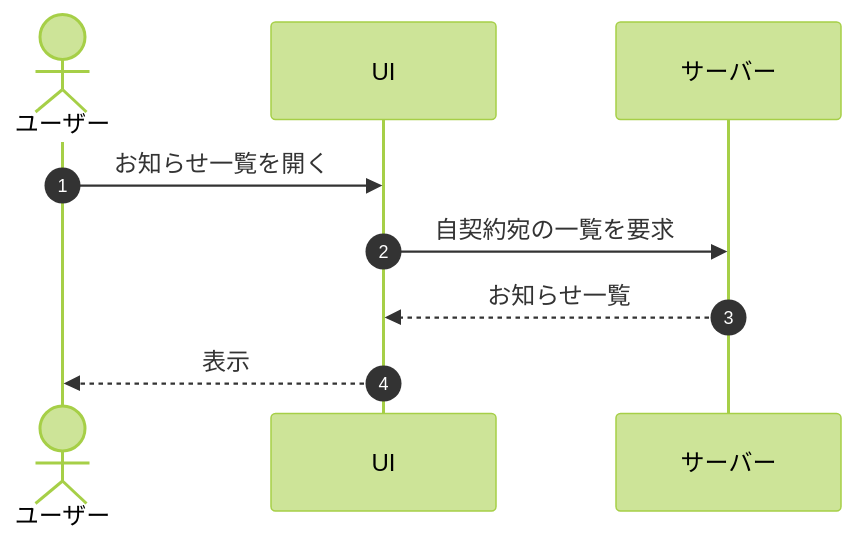
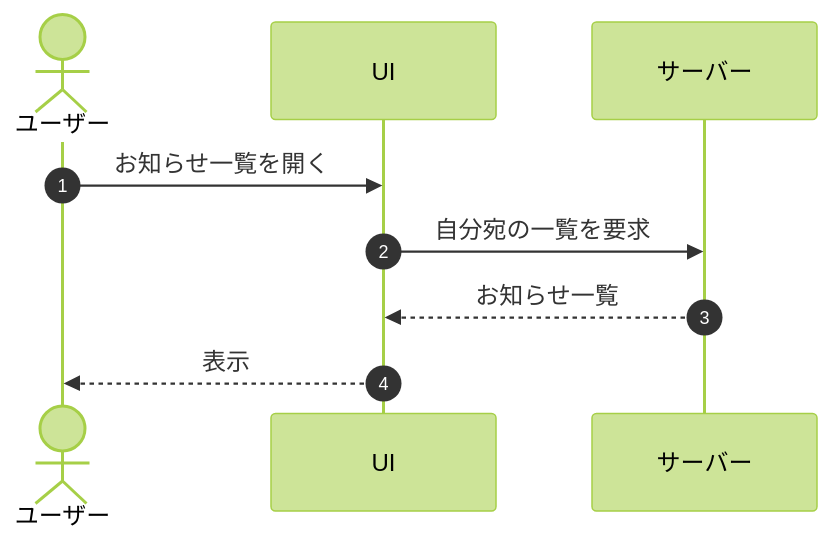
Diagram 14 of 26 in 01_requirements/02_functional_requirement/05_notification-fr.md (sikakou54/open-faq), drawn with Mermaid (forest theme) before and after one commit. The commit also changed other lines of this file and 294 other files, not shown here.

````diff
--- a/01_requirements/02_functional_requirement/05_notification-fr.md
+++ b/01_requirements/02_functional_requirement/05_notification-fr.md
@@ -352,11 +352,11 @@
 ```mermaid
 sequenceDiagram
   autonumber
   actor U as ユーザー
   participant UI as UI
   participant S as サーバー
   U->>UI: お知らせ一覧を開く
-  UI->>S: 自契約宛の一覧を要求
+  UI->>S: 自分宛の一覧を要求
   S-->>UI: お知らせ一覧
   UI-->>U: 表示
 ```
````
